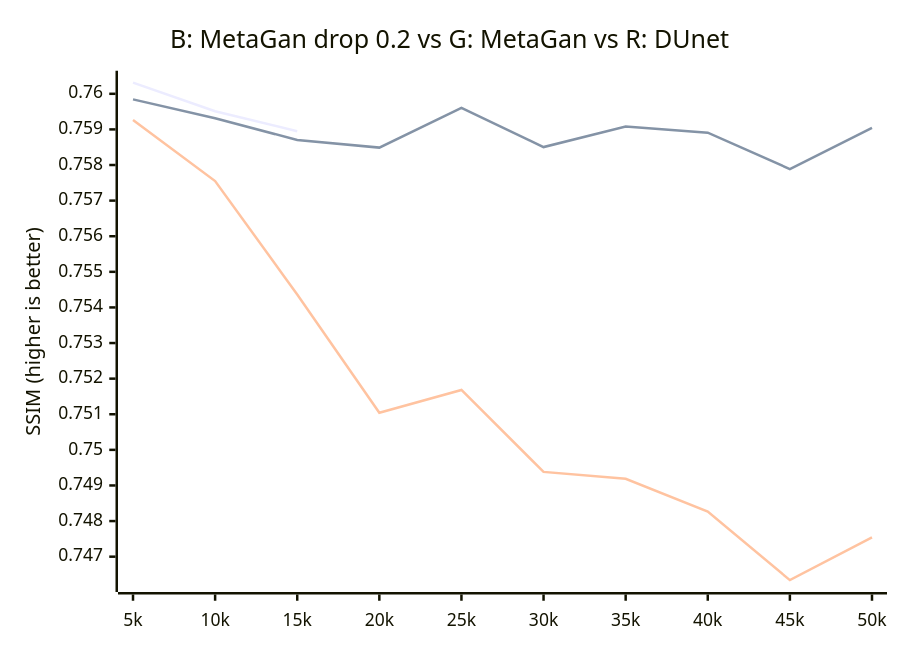
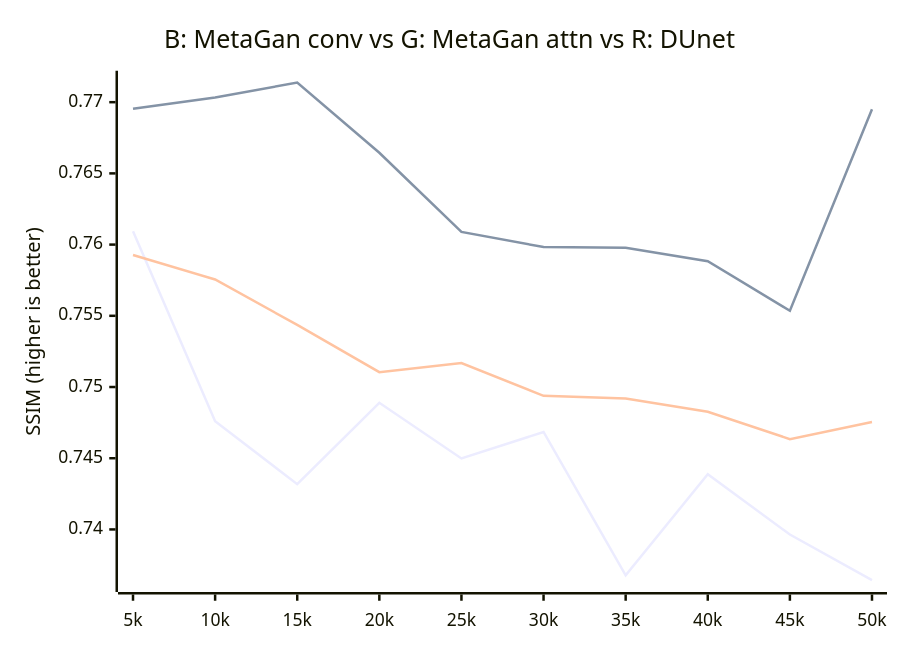
One commit to umzi2/MetaGan changed the diagram in readme.md. Above: the diagram before and after it, drawn with Mermaid.

````diff
--- a/readme.md
+++ b/readme.md
@@ -18,10 +18,10 @@
 ```mermaid
 xychart-beta
-    title "B: MetaGan drop 0.2 vs G: MetaGan vs R: DUnet"
+    title "B: MetaGan conv vs G: MetaGan attn vs R: DUnet"
     x-axis [5k, 10k, 15k, 20k, 25k, 30k, 35k, 40k, 45k, 50k]
     y-axis "SSIM (higher is better)"
-    line [0.7603138089179993, 0.7595086693763733, 0.7589496970176697]
-    line [0.759844183921814, 0.7593117952346802, 0.7587045431137085, 0.7584884762763977, 0.7596063613891602, 0.7585034966468811, 0.7590800523757935, 0.7589076161384583, 0.7578854560852051, 0.759045422077179]
+    line [0.7609441876411438, 0.7476010322570801, 0.7431791424751282, 0.7488889694213867, 0.7449856996536255, 0.746844470500946, 0.7367813587188721, 0.7438730597496033, 0.7396436333656311, 0.7364404797554016]
+    line [0.7695407867431641, 0.7703334093093872, 0.7713731527328491, 0.7664491534233093, 0.7608891725540161, 0.7598246335983276, 0.759772002696991, 0.7588373422622681, 0.7553575038909912, 0.7695077061653137]
     line [0.7592670917510986, 0.7575504779815674, 0.7543612718582153, 0.7510430216789246, 0.7516831755638123, 0.7493809461593628, 0.7491888999938965, 0.7482668161392212, 0.746341347694397, 0.7475400567054749]
 
 ```
````
